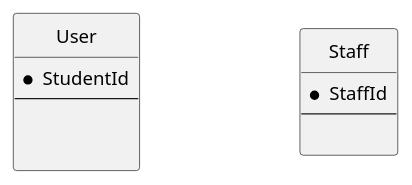
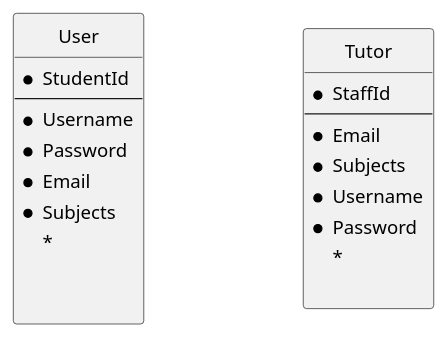
The diagram in StudyBuddy.puml (annikamarriner123/StudyBuddy), drawn with PlantUML before and after one commit.

Commit message:
Update StudyBuddy.puml
add to student and staff puml

```diff
--- a/StudyBuddy.puml
+++ b/StudyBuddy.puml
@@ -1,47 +1,57 @@
 @startuml
 
 skinparam {
   Style StrictUML
 
   ' make the stereotypes less ugly
   ClassStereotypeFont {
     Size 10
     Style plain
   }
 
   ' make boxes slightly less pointy
   RoundCorner 5
 
   ' make everything slightly less cramped
   Padding 2
 
   ' vertical spacing (make room for labels)
   RankSep 100
 
   ' horizontal spacing (make room for labels)
   NodeSep 120
 }
 
 
 class "User" as user {
 * StudentId
 --
+* Username
+* Password
+* Email
+* Subjects
+* 
 
 
 }
 
-class "Staff" as staff{
+class "Tutor" as tutor{
 * StaffId
 --
+* Email
+* Subjects
+* Username
+* Password
+* 
 
 }
 
 
 
 
 
 
 
 
 
 @enduml
```
